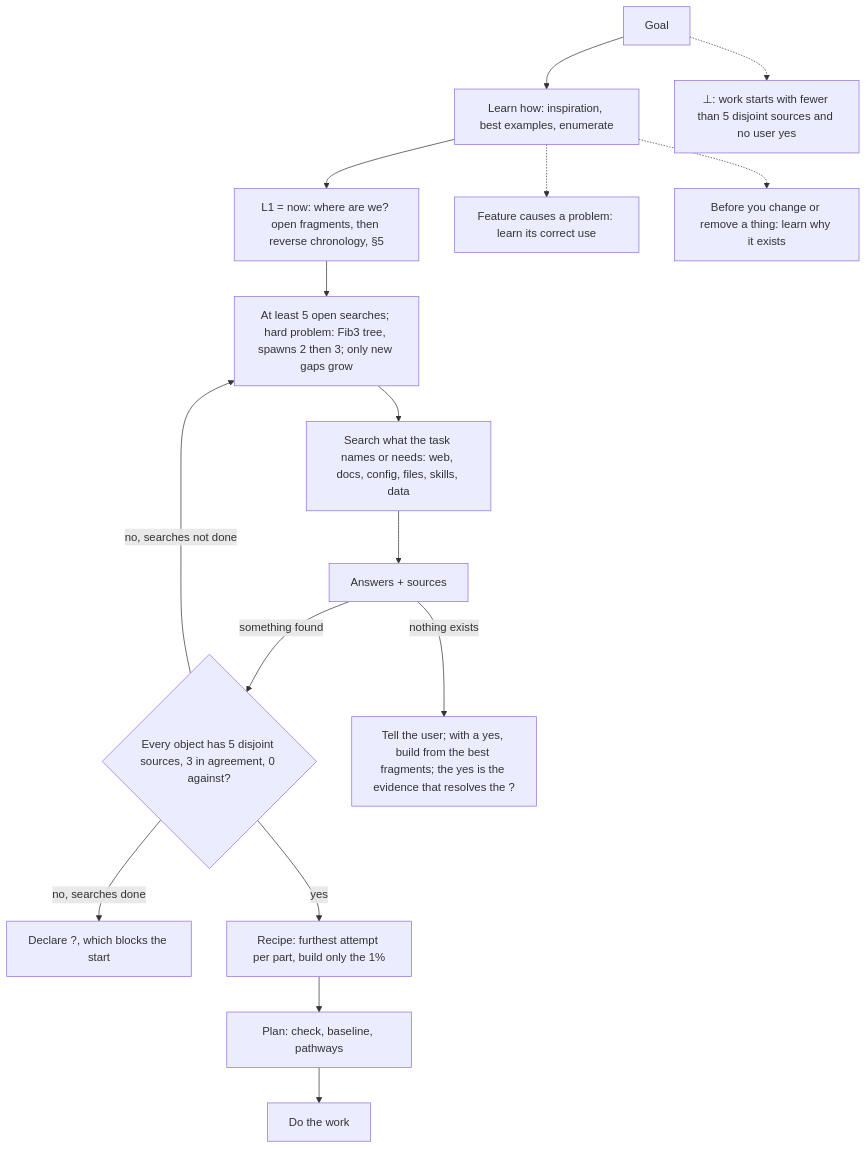
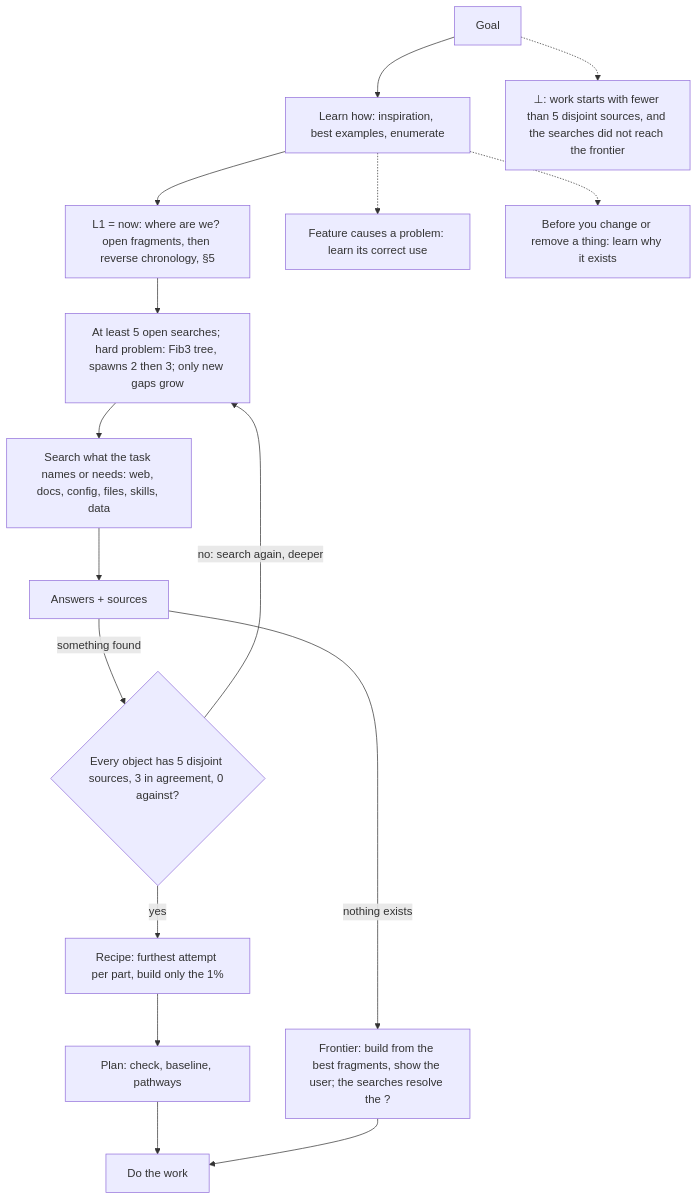
Before and after one commit to SolenixAI/arbiter: the fourth of 14 diagrams in AGENTS.md, drawn with Mermaid. The commit also changed other lines of this file and 1 other file, not shown here.

First line of the commit message:
docs(arbiter): agents never stop at 99%: one correct way, real journeys, observed in the user's view

````diff
--- a/AGENTS.md
+++ b/AGENTS.md
@@ -219,12 +223,11 @@
 ```mermaid
 flowchart TD
   G[Goal] --> L[Learn how: inspiration, best examples, enumerate] --> F1["L1 = now: where are we? open fragments, then reverse chronology, §5"] --> Q["At least 5 open searches; hard problem: Fib3 tree, spawns 2 then 3; only new gaps grow"] --> S[Search what the task names or needs: web, docs, config, files, skills, data]
   S --> A[Answers + sources] -->|something found| N{Every object has 5 disjoint sources, 3 in agreement, 0 against?}
-  N -->|no, searches not done| Q
-  N -->|no, searches done| X3["Declare ?, which blocks the start"]
+  N -->|no: search again, deeper| Q
   N -->|yes| R[Recipe: furthest attempt per part, build only the 1%] --> P[Plan: check, baseline, pathways] --> B[Do the work]
-  A -->|nothing exists| U["Tell the user; with a yes, build from the best fragments; the yes is the evidence that resolves the ?"]
+  A -->|nothing exists| U["Frontier: build from the best fragments, show the user; the searches resolve the ?"] --> B
   L -.-> NB[Feature causes a problem: learn its correct use]
   L -.-> CF[Before you change or remove a thing: learn why it exists]
-  G -.-> BOT["⊥: work starts with fewer than 5 disjoint sources and no user yes"]
+  G -.-> BOT["⊥: work starts with fewer than 5 disjoint sources, and the searches did not reach the frontier"]
 ```
````
